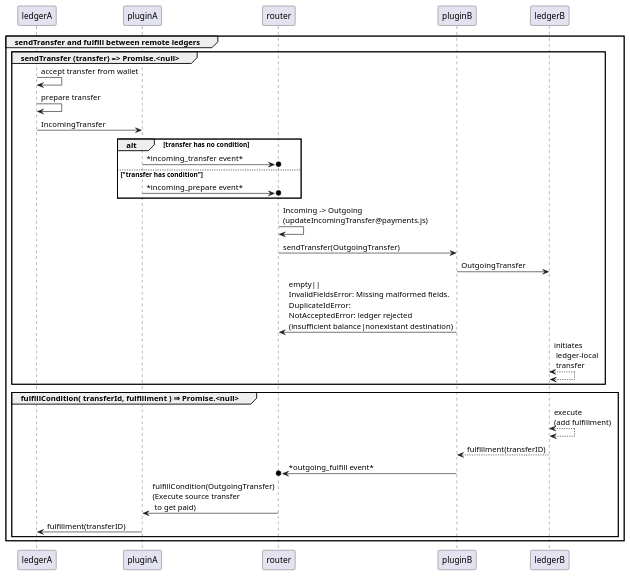
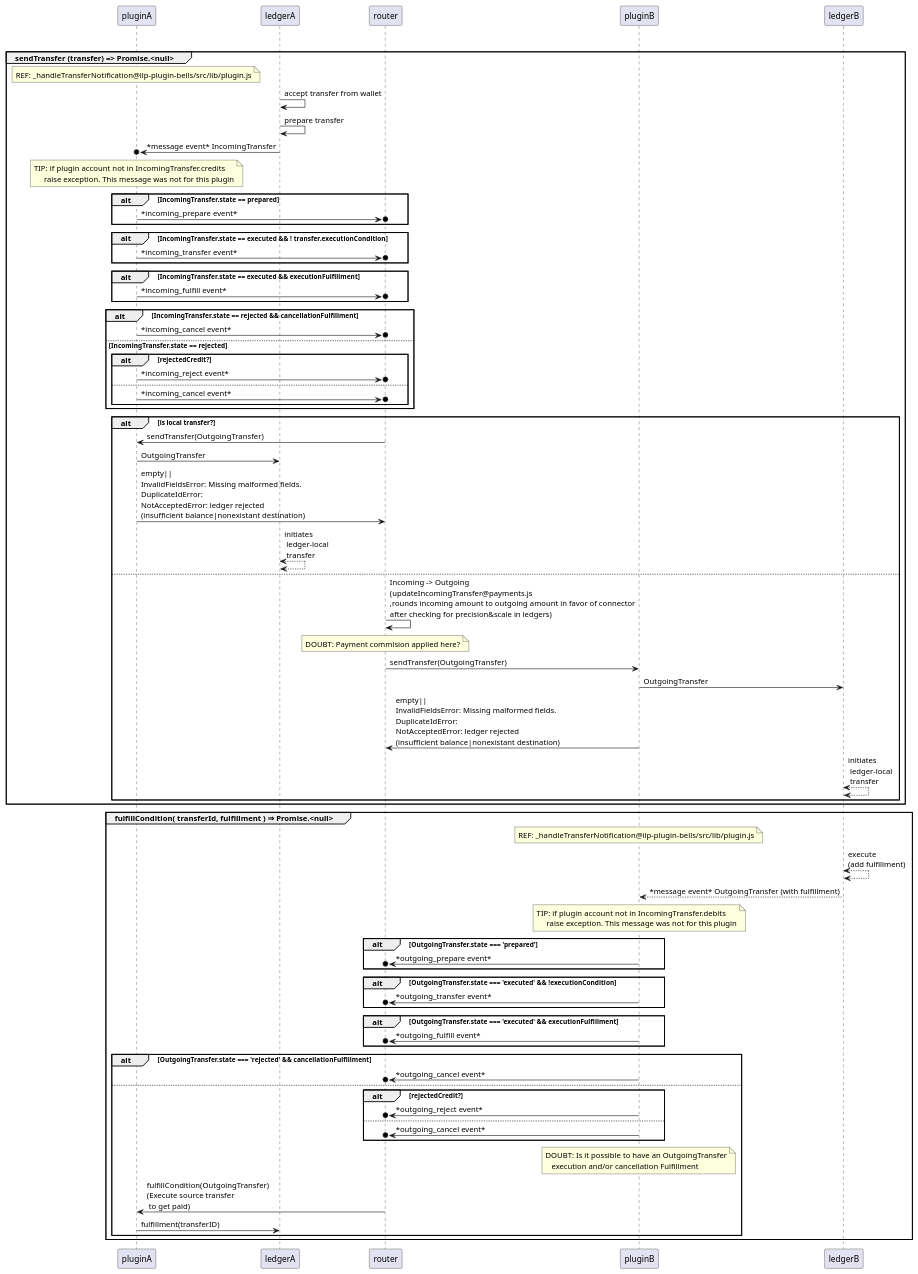
Before and after one commit to interledger/rfcs: the diagram in 0004-ledger-plugin-interface/sequence_diagrams/sendTransferAndFulfill_2Ledgers.pu, drawn with PlantUML. The commit also changed 1 other file, not shown here.

Commit message:
detailing seq. diagrams

```diff
--- a/0004-ledger-plugin-interface/sequence_diagrams/sendTransferAndFulfill_2Ledgers.pu
+++ b/0004-ledger-plugin-interface/sequence_diagrams/sendTransferAndFulfill_2Ledgers.pu
@@ -1,28 +1,82 @@
 @startuml
 group sendTransfer and fulfill between remote ledgers
     group sendTransfer (transfer) => Promise.<null>
-      ledgerA -> ledgerA: accept transfer from wallet
-      ledgerA -> ledgerA: prepare transfer
-      ledgerA -> pluginA: IncomingTransfer
-      alt transfer has no condition
-          pluginA ->o router : *incoming_transfer event*
-      else "transfer has condition"
+      note over pluginA: REF: _handleTransferNotification@ilp-plugin-bells/src/lib/plugin.js
+      ledgerA ->  ledgerA: accept transfer from wallet
+      ledgerA ->  ledgerA: prepare transfer
+      ledgerA ->o pluginA: *message event* IncomingTransfer
+      note over pluginA
+         TIP: if plugin account not in IncomingTransfer.credits 
+              raise exception. This message was not for this plugin
+      end note
+      alt IncomingTransfer.state == prepared
           pluginA ->o router : *incoming_prepare event*
       end
-      router -> router : Incoming -> Outgoing\n(updateIncomingTransfer@payments.js)
-      router -> pluginB : sendTransfer(OutgoingTransfer)
-      pluginB -> ledgerB : OutgoingTransfer
-      pluginB -> router : empty||\nInvalidFieldsError: Missing malformed fields.\nDuplicateIdError:\nNotAcceptedError: ledger rejected \n(insufficient balance|nonexistant destination)
-      ledgerB <--> ledgerB : initiates\n ledger-local\n transfer
+      alt IncomingTransfer.state == executed && ! transfer.executionCondition
+          pluginA ->o router : *incoming_transfer event*
+      end
+      alt IncomingTransfer.state == executed && executionFulfillment
+          pluginA ->o router : *incoming_fulfill event*
+      end
+      alt IncomingTransfer.state == rejected && cancellationFulfillment
+          pluginA ->o router : *incoming_cancel event*
+      else IncomingTransfer.state == rejected
+          alt rejectedCredit?
+             pluginA ->o router : *incoming_reject event*
+          else 
+              pluginA ->o router : *incoming_cancel event*
+          end
+      end
+      alt is local transfer?
+          router -> pluginA : sendTransfer(OutgoingTransfer)
+          pluginA -> ledgerA : OutgoingTransfer
+          pluginA -> router : empty||\nInvalidFieldsError: Missing malformed fields.\nDuplicateIdError:\nNotAcceptedError: ledger rejected \n(insufficient balance|nonexistant destination)
+          ledgerA <--> ledgerA : initiates\n ledger-local\n transfer
+      else
+          router -> router : Incoming -> Outgoing\n(updateIncomingTransfer@payments.js\n,rounds incoming amount to outgoing amount in favor of connector\nafter checking for precision&scale in ledgers)
+          note over router
+             DOUBT: Payment commision applied here?
+          end note
+          router -> pluginB : sendTransfer(OutgoingTransfer)
+          pluginB -> ledgerB : OutgoingTransfer
+          pluginB -> router : empty||\nInvalidFieldsError: Missing malformed fields.\nDuplicateIdError:\nNotAcceptedError: ledger rejected \n(insufficient balance|nonexistant destination)
+          ledgerB <--> ledgerB : initiates\n ledger-local\n transfer
+      end
     end
     
     group fulfillCondition( transferId, fulfillment ) ⇒ Promise.<null>
+      note over pluginB: REF: _handleTransferNotification@ilp-plugin-bells/src/lib/plugin.js
       ledgerB <--> ledgerB: execute\n(add fulfillment)
-      ledgerB --> pluginB: fulfillment(transferID)
-      pluginB ->o router : *outgoing_fulfill event*
+      ledgerB --> pluginB: *message event* OutgoingTransfer (with fulfillment)
+      note over pluginB
+         TIP: if plugin account not in IncomingTransfer.debits
+              raise exception. This message was not for this plugin
+      end note
+
+      alt OutgoingTransfer.state === 'prepared'
+          pluginB ->o router : *outgoing_prepare event*
+      end
+      alt OutgoingTransfer.state === 'executed' && !executionCondition
+          pluginB ->o router : *outgoing_transfer event*
+      end
+      alt OutgoingTransfer.state === 'executed' && executionFulfillment
+          pluginB ->o router : *outgoing_fulfill event*
+      end
+      alt OutgoingTransfer.state === 'rejected' && cancellationFulfillment
+          pluginB ->o router : *outgoing_cancel event*
+      else
+          alt rejectedCredit?
+              pluginB ->o router : *outgoing_reject event*
+          else
+              pluginB ->o router : *outgoing_cancel event*
+      end
+      note over pluginB
+          DOUBT: Is it possible to have an OutgoingTransfer
+             execution and/or cancellation Fulfillment
+      end note
       router -> pluginA : fulfillCondition(OutgoingTransfer)\n(Execute source transfer\n to get paid)
       pluginA -> ledgerA: fulfillment(transferID)
     end
 end
 
 @enduml
```
